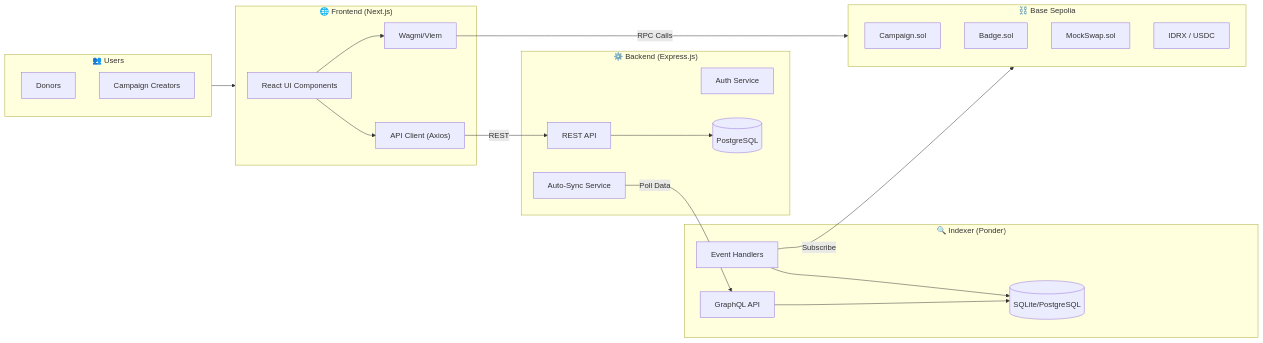
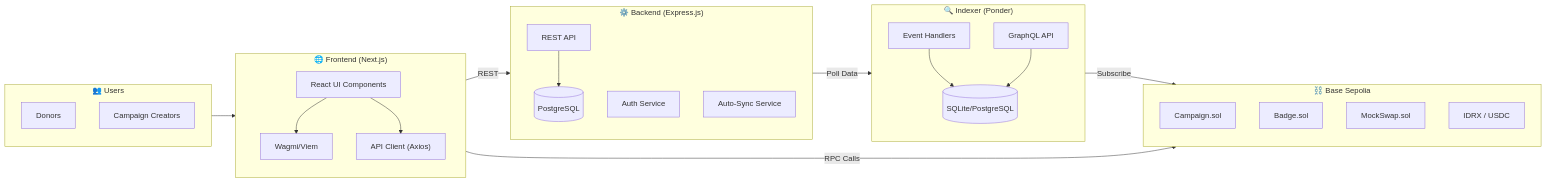
The first of 8 diagrams in pitching/Architecture/2. System Architecture.md (CrowdFUNding-Base/SC), drawn with Mermaid before and after one commit. The commit also changed other lines of this file and 1 other file, not shown here.

````diff
--- a/pitching/Architecture/2. System Architecture.md
+++ b/pitching/Architecture/2. System Architecture.md
@@ -9,44 +9,49 @@
 ```mermaid
 flowchart LR
     subgraph Users["👥 Users"]
+        direction TB
         Donors["Donors"]
         Creators["Campaign Creators"]
     end
 
     subgraph Frontend["🌐 Frontend (Next.js)"]
+        direction TB
         UI["React UI Components"]
         Wagmi["Wagmi/Viem"]
         API_Client["API Client (Axios)"]
     end
 
     subgraph Backend["⚙️ Backend (Express.js)"]
+        direction TB
         REST["REST API"]
         Auth["Auth Service"]
         Sync["Auto-Sync Service"]
         DB[(PostgreSQL)]
     end
 
     subgraph Indexer["🔍 Indexer (Ponder)"]
+        direction TB
         EventHandler["Event Handlers"]
         GraphQL["GraphQL API"]
         IndexerDB[(SQLite/PostgreSQL)]
     end
 
     subgraph Blockchain["⛓️ Base Sepolia"]
+        direction TB
         Campaign["Campaign.sol"]
         Badge["Badge.sol"]
         MockSwap["MockSwap.sol"]
         Tokens["IDRX / USDC"]
     end
 
     Users --> Frontend
     UI --> Wagmi
     UI --> API_Client
     Wagmi --> |"RPC Calls"| Blockchain
     API_Client --> |"REST"| REST
     REST --> DB
     Sync --> |"Poll Data"| GraphQL
     EventHandler --> |"Subscribe"| Blockchain
     EventHandler --> IndexerDB
     GraphQL --> IndexerDB
 ```
````
